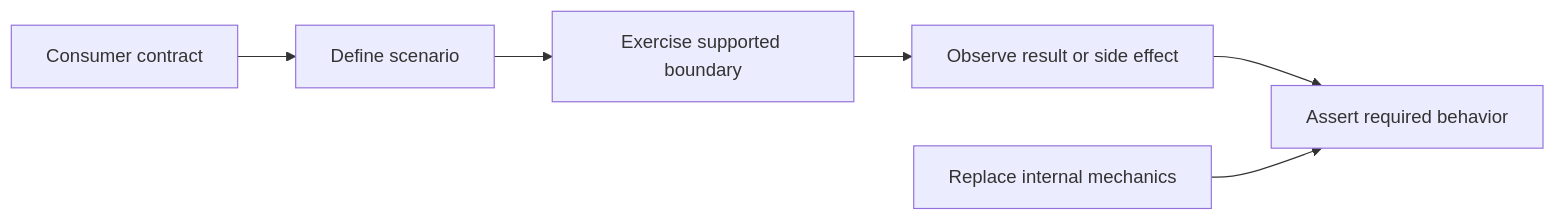
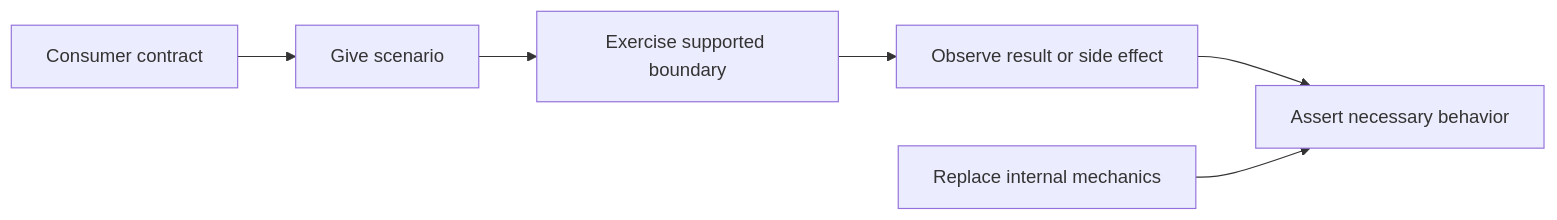
One commit to HomericIntelligence/Athena changed the diagram in docs/principles/details/p022-test-behavior-not-implementation.md. Above: the diagram before and after it, drawn with Mermaid. The commit also changed other lines of this file and 91 other files, not shown here.

````diff
--- a/docs/principles/details/p022-test-behavior-not-implementation.md
+++ b/docs/principles/details/p022-test-behavior-not-implementation.md
@@ -37,8 +39,8 @@
 ```mermaid
 flowchart LR
-    Contract["Consumer contract"] --> Scenario["Define scenario"]
+    Contract["Consumer contract"] --> Scenario["Give scenario"]
     Scenario --> Boundary["Exercise supported boundary"]
     Boundary --> Observe["Observe result or side effect"]
-    Observe --> Assert["Assert required behavior"]
+    Observe --> Assert["Assert necessary behavior"]
     Refactor["Replace internal mechanics"] --> Assert
 ```
````
